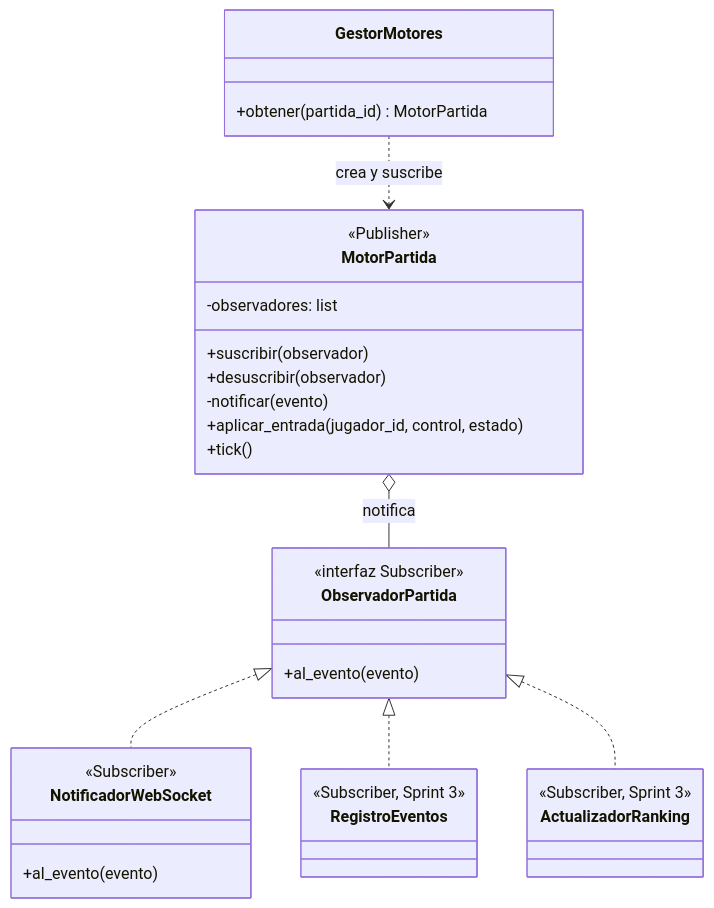
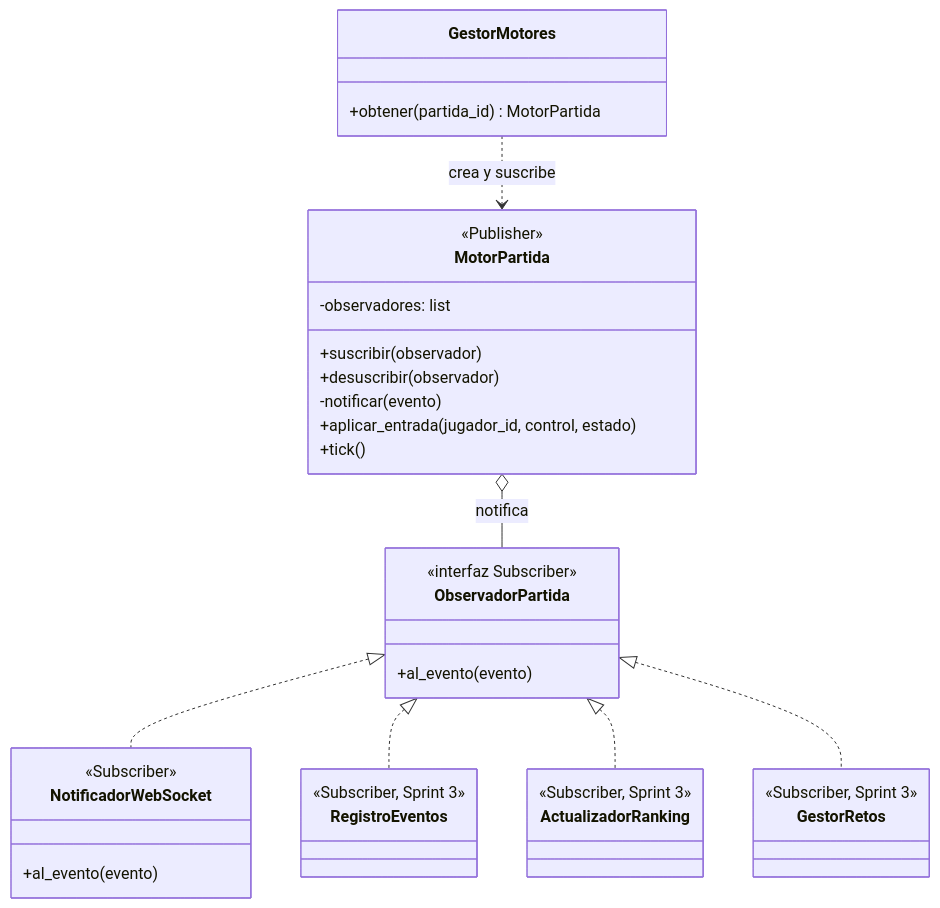
One commit to Fran0Li/Proyecto_Control_del_Reactor_Principios_Mod changed the diagram in docs/adr/0006-observer-motor-de-partida.md. Above: the diagram before and after it, drawn with Mermaid. The commit also changed other lines of this file and 1 other file, not shown here.

Commit message:
docs(retos): guía de cómo obtener cada logro y reto y ADR 0006 con GestorRetos AB#108

````diff
--- a/docs/adr/0006-observer-motor-de-partida.md
+++ b/docs/adr/0006-observer-motor-de-partida.md
@@ -39,34 +40,38 @@
 ```mermaid
 classDiagram
     class MotorPartida {
         <<Publisher>>
         -observadores: list
         +suscribir(observador)
         +desuscribir(observador)
         -notificar(evento)
         +aplicar_entrada(jugador_id, control, estado)
         +tick()
     }
     class ObservadorPartida {
         <<interfaz Subscriber>>
         +al_evento(evento)
     }
     class NotificadorWebSocket {
         <<Subscriber>>
         +al_evento(evento)
     }
     class RegistroEventos {
         <<Subscriber, Sprint 3>>
     }
     class ActualizadorRanking {
         <<Subscriber, Sprint 3>>
     }
+    class GestorRetos {
+        <<Subscriber, Sprint 3>>
+    }
     class GestorMotores {
         +obtener(partida_id) MotorPartida
     }
     MotorPartida o-- ObservadorPartida : notifica
     ObservadorPartida <|.. NotificadorWebSocket
     ObservadorPartida <|.. RegistroEventos
     ObservadorPartida <|.. ActualizadorRanking
+    ObservadorPartida <|.. GestorRetos
     GestorMotores ..> MotorPartida : crea y suscribe
 ```
````
